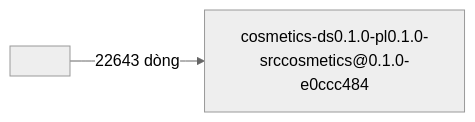
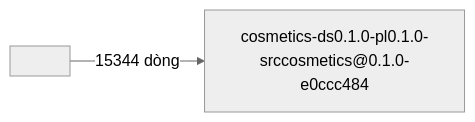
Before and after one commit to TrieuKhac-dev/SentimentX: the diagram in data/reports/dataset_registry/dataset_registry.md, drawn with Mermaid (neutral theme). The commit also changed 8 other files, not shown here.

````diff
--- a/data/reports/dataset_registry/dataset_registry.md
+++ b/data/reports/dataset_registry/dataset_registry.md
@@ -3,6 +3,6 @@
 ```mermaid
 graph LR
   n1["<nguồn v0.1.0>"]
   n2["cosmetics-ds0.1.0-pl0.1.0-srccosmetics@0.1.0-e0ccc484"]
-  n1 -->|22643 dòng| n2
+  n1 -->|15344 dòng| n2
 ```
````
